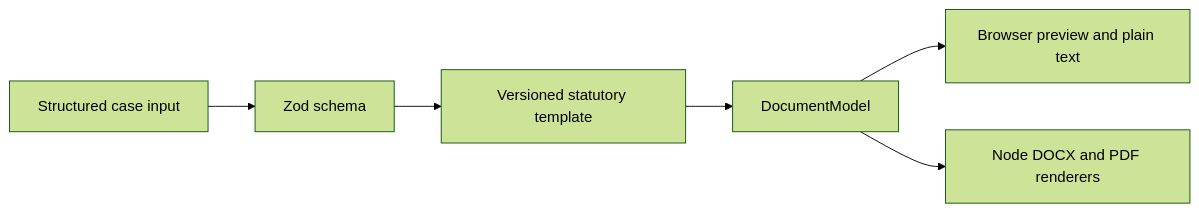
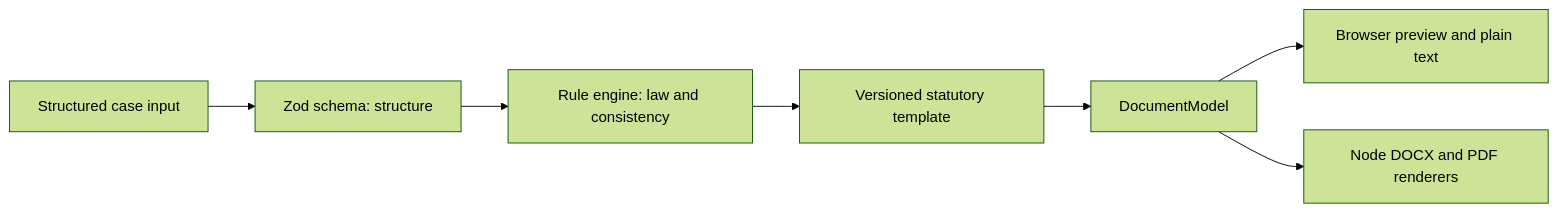
Before and after one commit to Timerk/urkundenwerk: the diagram in packages/core/README.md, drawn with Mermaid (forest theme). The commit also changed other lines of this file and 70 other files, not shown here.

First line of the commit message:
feat: add consistency rule checks with AI explanations (#19)

````diff
--- a/packages/core/README.md
+++ b/packages/core/README.md
@@ -3,8 +3,9 @@
 ```mermaid
 flowchart LR
-  Input["Structured case input"] --> Zod["Zod schema"]
-  Zod --> Template["Versioned statutory template"]
+  Input["Structured case input"] --> Zod["Zod schema: structure"]
+  Zod --> Rules["Rule engine: law and consistency"]
+  Rules --> Template["Versioned statutory template"]
   Template --> Model["DocumentModel"]
   Model --> Preview["Browser preview and plain text"]
   Model --> Exports["Node DOCX and PDF renderers"]
 ```
````
